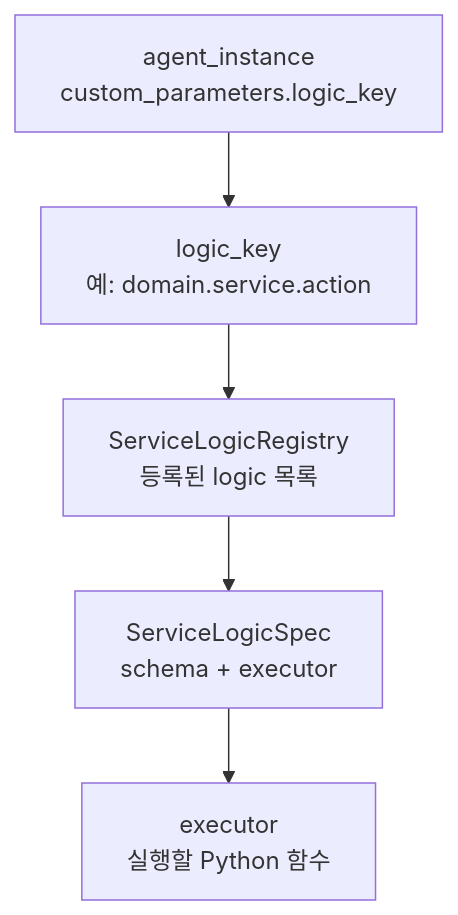
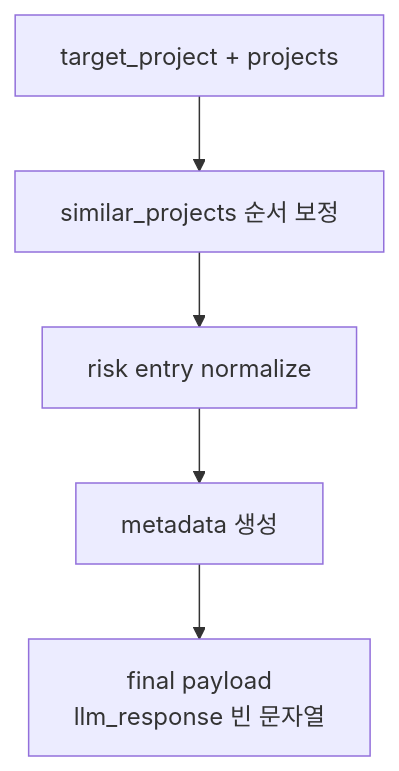
Before and after one commit to djoo-lgcns/dotfiles: diagram 15 of 16 in README.md, drawn with Mermaid. The commit also changed other lines of this file, not shown here.

````diff
--- a/README.md
+++ b/README.md
@@ -147,7 +647,7 @@
 ```mermaid
 flowchart TB
-  NODE["agent_instance<br/>custom_parameters.logic_key"] --> KEY["logic_key<br/>예: domain.service.action"]
-  KEY --> REG["ServiceLogicRegistry<br/>등록된 logic 목록"]
-  REG --> SPEC["ServiceLogicSpec<br/>schema + executor"]
-  SPEC --> EXEC["executor<br/>실행할 Python 함수"]
+  IN["target_project + projects"] --> ORDER["similar_projects 순서 보정"]
+  ORDER --> NORM["risk entry normalize"]
+  NORM --> META["metadata 생성"]
+  META --> FINAL["final payload<br/>llm_response 빈 문자열"]
 ```
````
